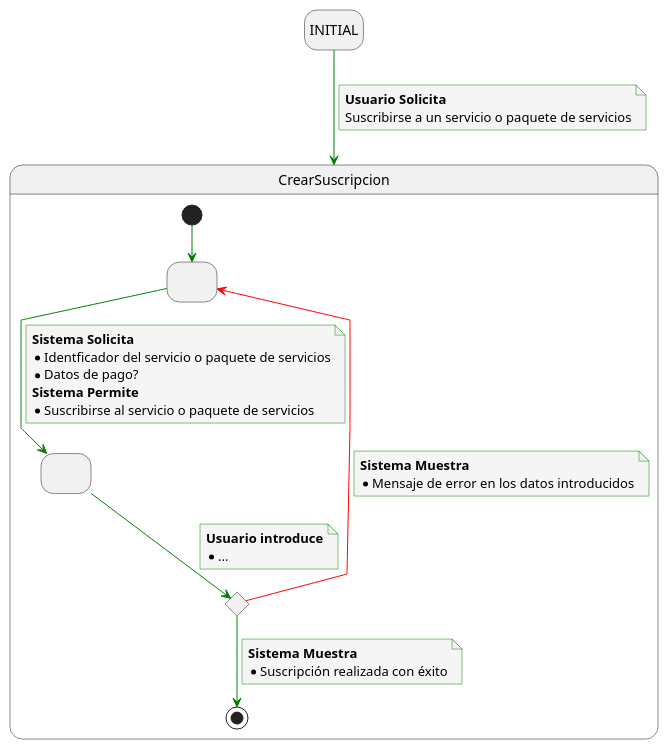
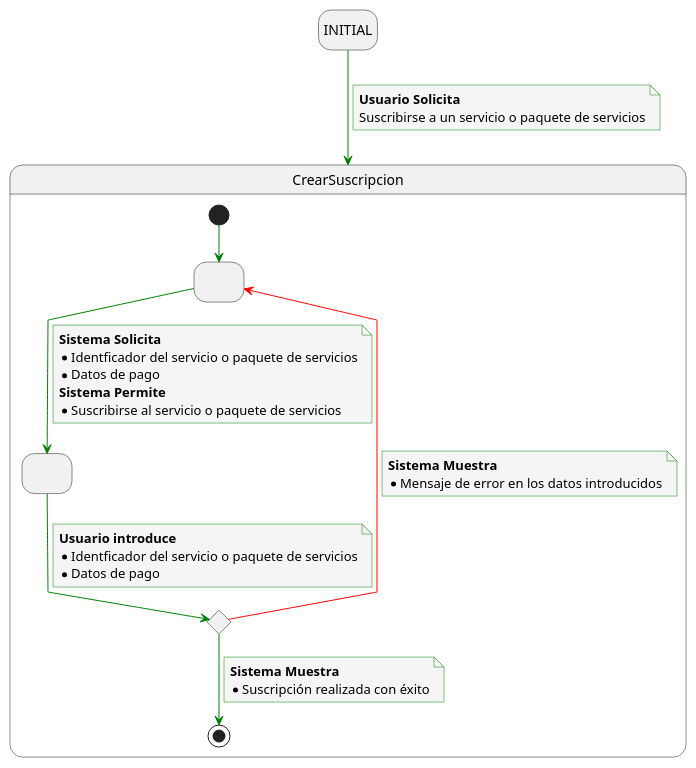
The diagram in Caso_de_Uso/Casos_de_Uso/Egresado/CRD_Suscripción/Crear_Suscripción/Caso_de_Uso.puml (mmasias/23-24-IdSw1-SDR), drawn with PlantUML before and after one commit. The commit also changed 2 other files, not shown here.

```diff
--- a/Caso_de_Uso/Casos_de_Uso/Egresado/CRD_Suscripción/Crear_Suscripción/Caso_de_Uso.puml
+++ b/Caso_de_Uso/Casos_de_Uso/Egresado/CRD_Suscripción/Crear_Suscripción/Caso_de_Uso.puml
@@ -1,55 +1,56 @@
 @startuml
 skinparam {
     NoteBackgroundColor #whiteSmoke
     ArrowColor #green
     NoteBorderColor #green
     linetype polyline
 }
 
 hide empty description
 
 state startState as "INITIAL"
 
 startState --> CrearSuscripcion
 note on link
     <b>Usuario Solicita</b>
     Suscribirse a un servicio o paquete de servicios
 end note
 
 state CrearSuscripcion {
 state 2 as " "
 state 3 as " "
 state 4 <<choice>>
 
 [*] -down-> 2
 
 2 -down-> 3
 note on link
 <b>Sistema Solicita</b>
 * Identficador del servicio o paquete de servicios
-* Datos de pago?
+* Datos de pago
 <b>Sistema Permite</b>
 * Suscribirse al servicio o paquete de servicios
 end note
 
 3 -down-> 4
 note on link
 <b>Usuario introduce</b>
-* ...
+* Identficador del servicio o paquete de servicios
+* Datos de pago
 end note
 
 4 -down-> [*]
 note on link
 <b>Sistema Muestra</b>
 * Suscripción realizada con éxito
 end note
 
 4 -[#red]-> 2
 note on link
 <b>Sistema Muestra</b>
 * Mensaje de error en los datos introducidos
 end note
 
 }
 
 @enduml
```
